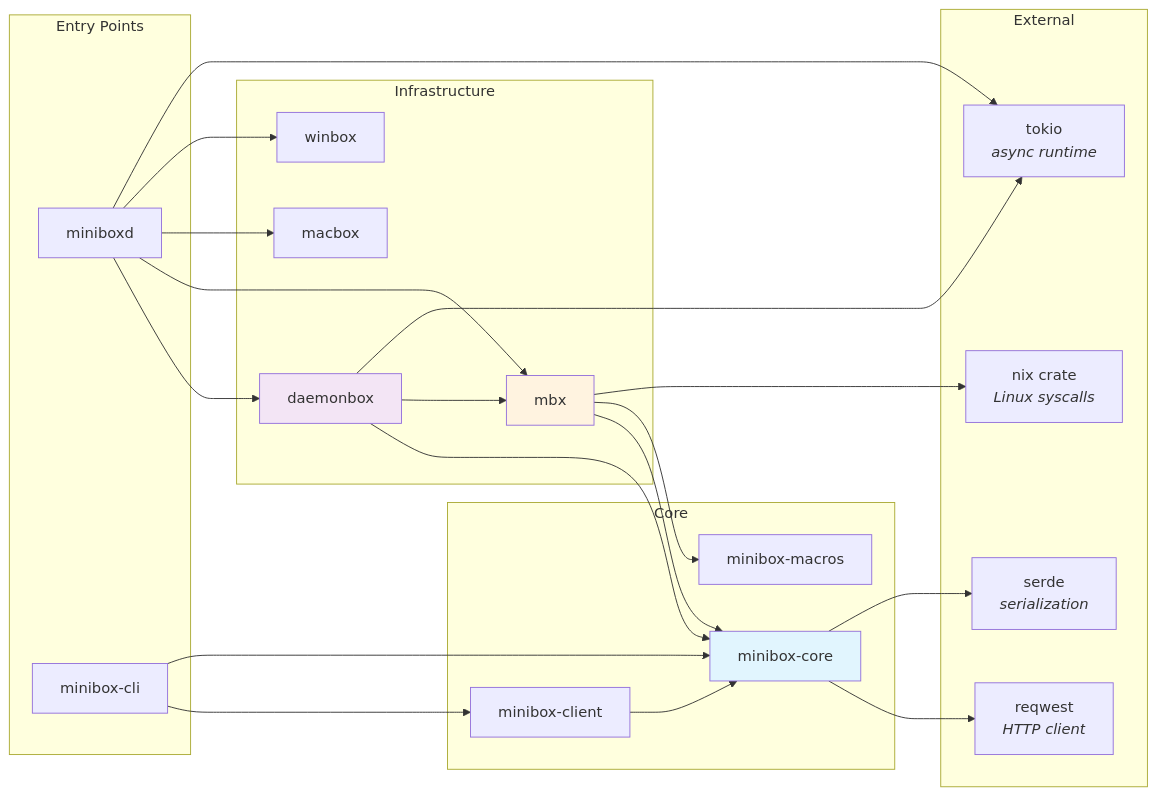
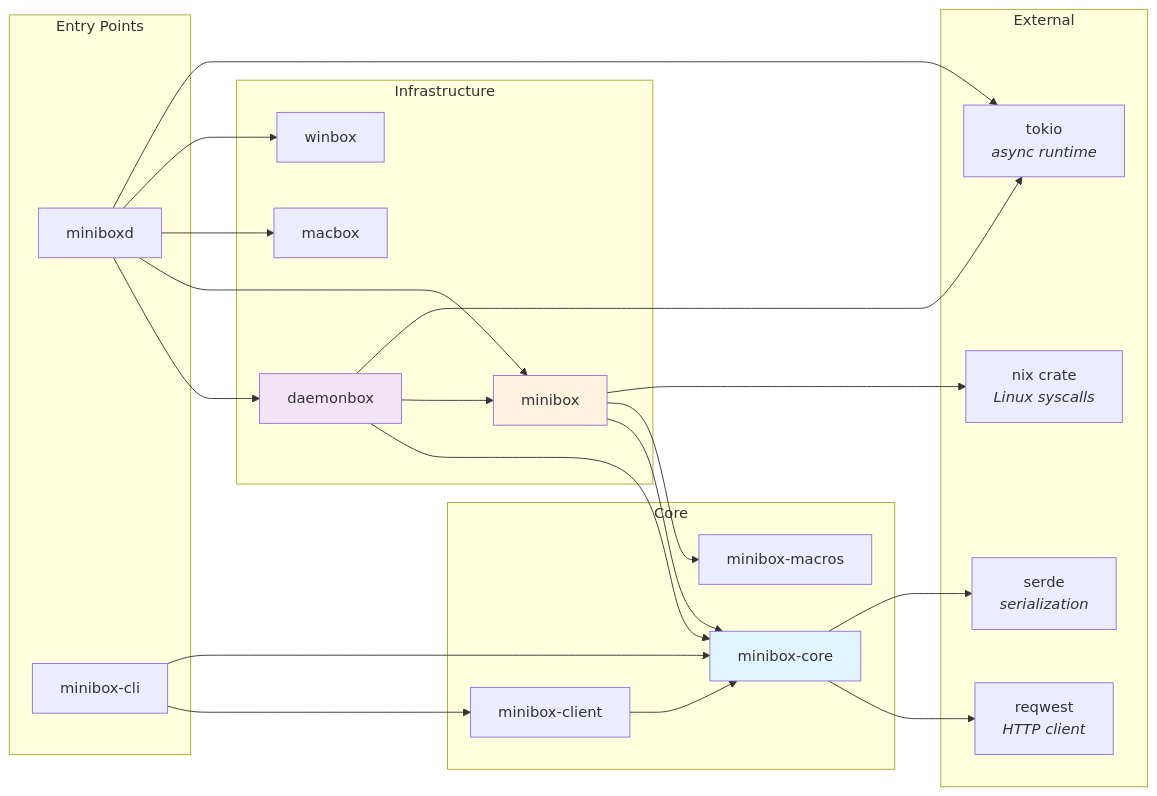
Before and after one commit to 89jobrien/minibox: the second of 18 diagrams in docs/superpowers/specs/2026-03-26-minibox-architecture.md, drawn with Mermaid. The commit also changed other lines of this file and 285 other files, not shown here.

First line of the commit message:
refactor(mbx): rename crates/mbx -> crates/minibox, crates/mbxctl -> crates/miniboxctl

````diff
--- a/docs/superpowers/specs/2026-03-26-minibox-architecture.md
+++ b/docs/superpowers/specs/2026-03-26-minibox-architecture.md
@@ -85,48 +85,48 @@
 ```mermaid
 graph LR
     subgraph "Entry Points"
         D[miniboxd]
         C[minibox-cli]
     end
 
     subgraph "Infrastructure"
         DB[daemonbox]
-        LB[mbx]
+        LB[minibox]
         MB[macbox]
         WB[winbox]
     end
 
     subgraph "Core"
         MC[minibox-core]
         MM[minibox-macros]
         CL[minibox-client]
     end
 
     subgraph "External"
         NIX[nix crate<br/><i>Linux syscalls</i>]
         REQW[reqwest<br/><i>HTTP client</i>]
         TOKIO[tokio<br/><i>async runtime</i>]
         SERDE[serde<br/><i>serialization</i>]
     end
 
     D --> DB
     D --> LB
     D --> MB
     D --> WB
     D --> TOKIO
     C --> CL
     C --> MC
     CL --> MC
     DB --> MC
     DB --> LB
     DB --> TOKIO
     LB --> MC
     LB --> MM
     LB --> NIX
     MC --> REQW
     MC --> SERDE
 
     style MC fill:#e1f5fe
     style LB fill:#fff3e0
     style DB fill:#f3e5f5
 ```
````
